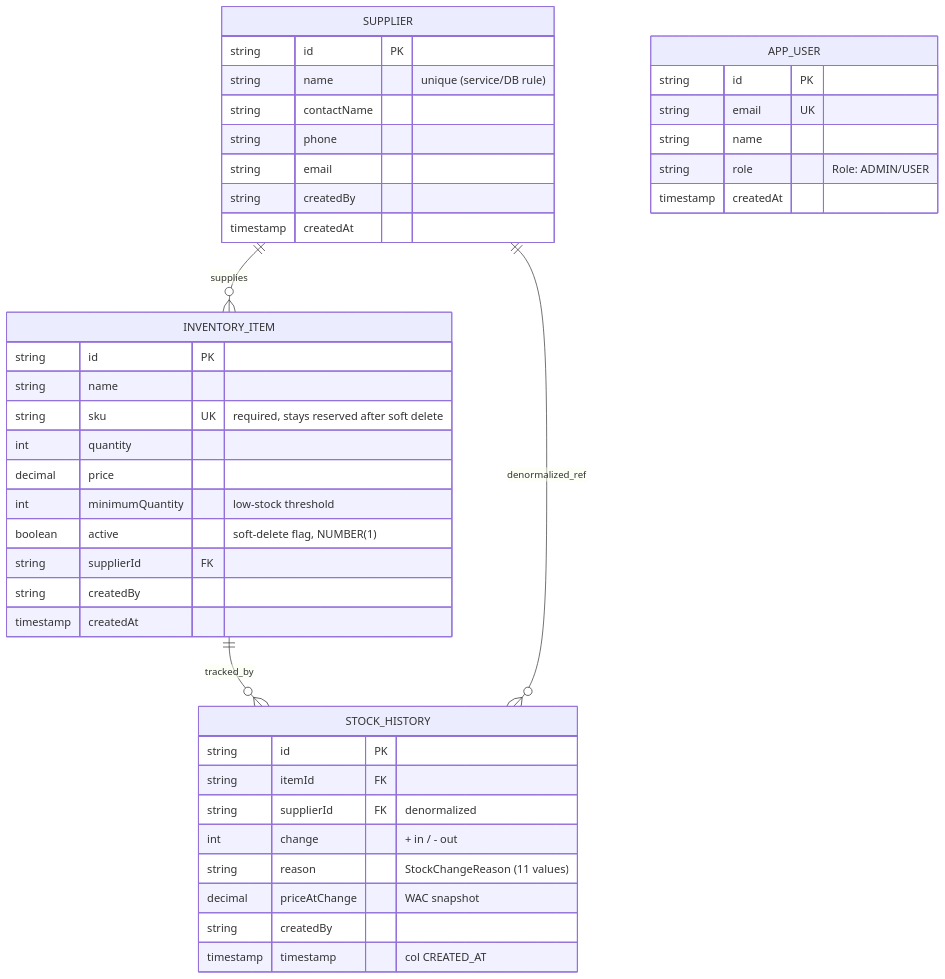
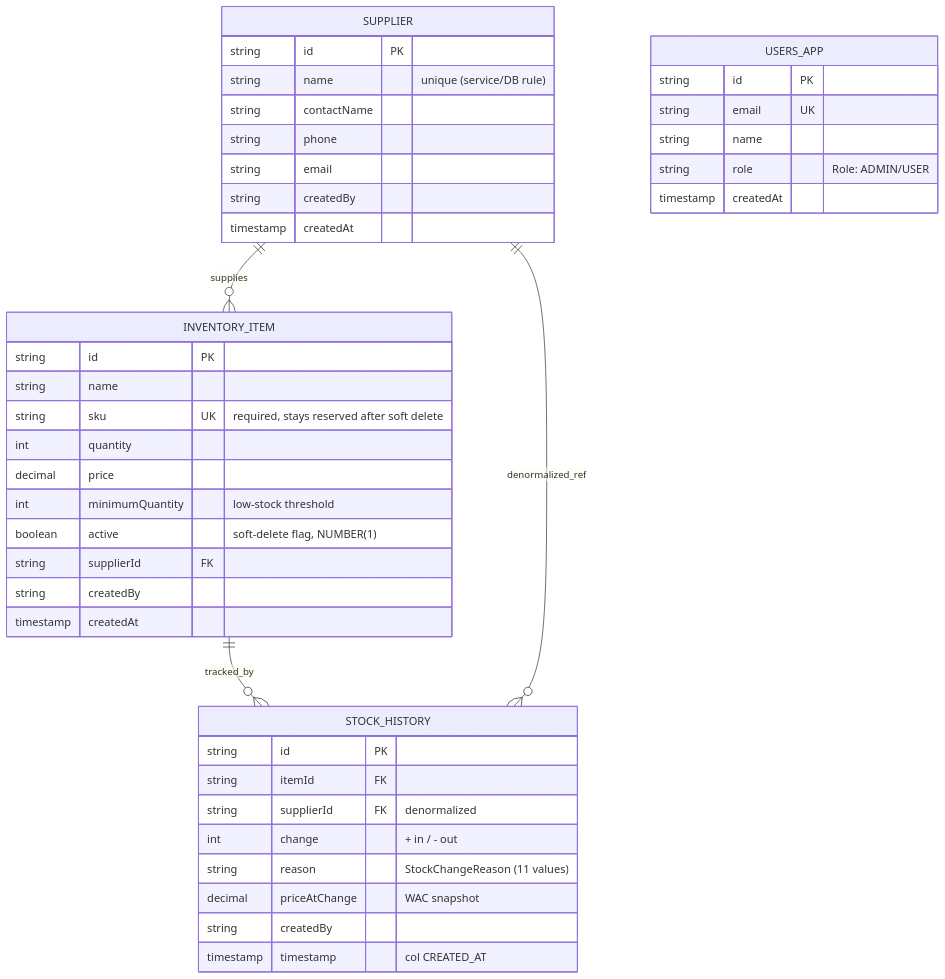
The second of 2 diagrams in docs/backend/architecture/05-building-blocks.md (Keglev/inventory-service), drawn with Mermaid before and after one commit. The commit also changed 6 other files, not shown here.

First line of the commit message:
docs: link the ER diagram from the README and arc42 section 8; current README screenshots (#547)

````diff
--- a/docs/backend/architecture/05-building-blocks.md
+++ b/docs/backend/architecture/05-building-blocks.md
@@ -164,45 +164,45 @@
 ```mermaid
 erDiagram
     SUPPLIER ||--o{ INVENTORY_ITEM : supplies
     INVENTORY_ITEM ||--o{ STOCK_HISTORY : tracked_by
     SUPPLIER ||--o{ STOCK_HISTORY : denormalized_ref
 
     SUPPLIER {
         string id PK
         string name "unique (service/DB rule)"
         string contactName
         string phone
         string email
         string createdBy
         timestamp createdAt
     }
     INVENTORY_ITEM {
         string id PK
         string name
         string sku UK "required, stays reserved after soft delete"
         int quantity
         decimal price
         int minimumQuantity "low-stock threshold"
         boolean active "soft-delete flag, NUMBER(1)"
         string supplierId FK
         string createdBy
         timestamp createdAt
     }
     STOCK_HISTORY {
         string id PK
         string itemId FK
         string supplierId FK "denormalized"
         int change "+ in / - out"
         string reason "StockChangeReason (11 values)"
         decimal priceAtChange "WAC snapshot"
         string createdBy
         timestamp timestamp "col CREATED_AT"
     }
-    APP_USER {
+    USERS_APP {
         string id PK
         string email UK
         string name
         string role "Role: ADMIN/USER"
         timestamp createdAt
     }
 ```
````
